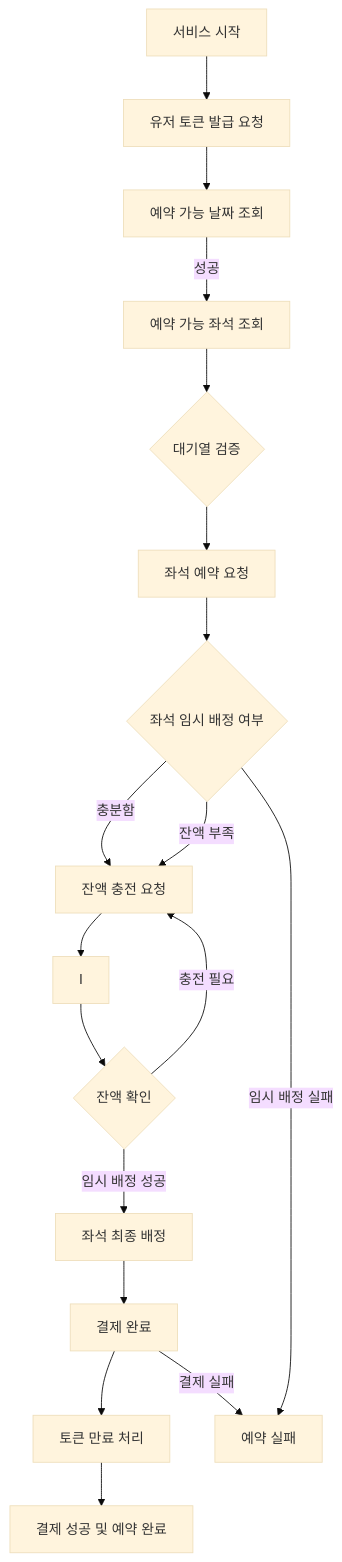
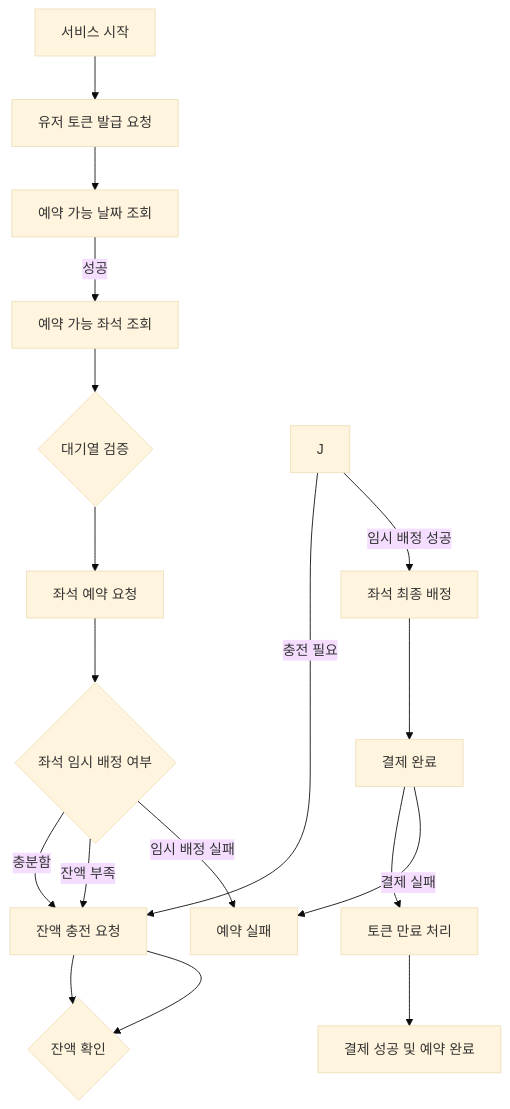
Before and after one commit to fatallinverno/hhplus-concert-reservation: the tenth of 10 diagrams in README.md, drawn with Mermaid (base theme).

Commit message:
플로우 차트 수정

````diff
--- a/README.md
+++ b/README.md
@@ -210,21 +210,21 @@
 ```mermaid
 flowchart TD
     A[서비스 시작] --> B[유저 토큰 발급 요청]
     B --> C[예약 가능 날짜 조회]
     C -->|성공| D[예약 가능 좌석 조회]
     D --> E{대기열 검증}
     E --> F[좌석 예약 요청]
     F --> G{좌석 임시 배정 여부}
     G -->|충분함| H[결제 요청]
-    I --> J{잔액 확인}
+    H --> I{잔액 확인}
     J -->|충전 필요| H[잔액 충전 요청]
     J -->|임시 배정 성공| K[좌석 최종 배정]
     K --> L[결제 완료]
     L --> M[토큰 만료 처리]
     M --> N[결제 성공 및 예약 완료]
     
     G -->|잔액 부족| H
     H --> I
     G -->|임시 배정 실패| X[예약 실패]
     L -->|결제 실패| X
 ```
````
